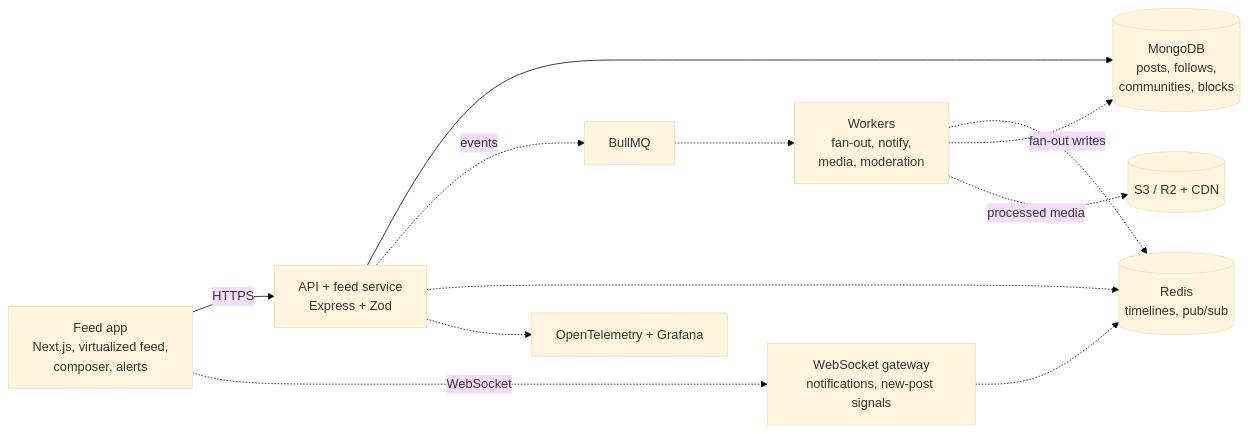
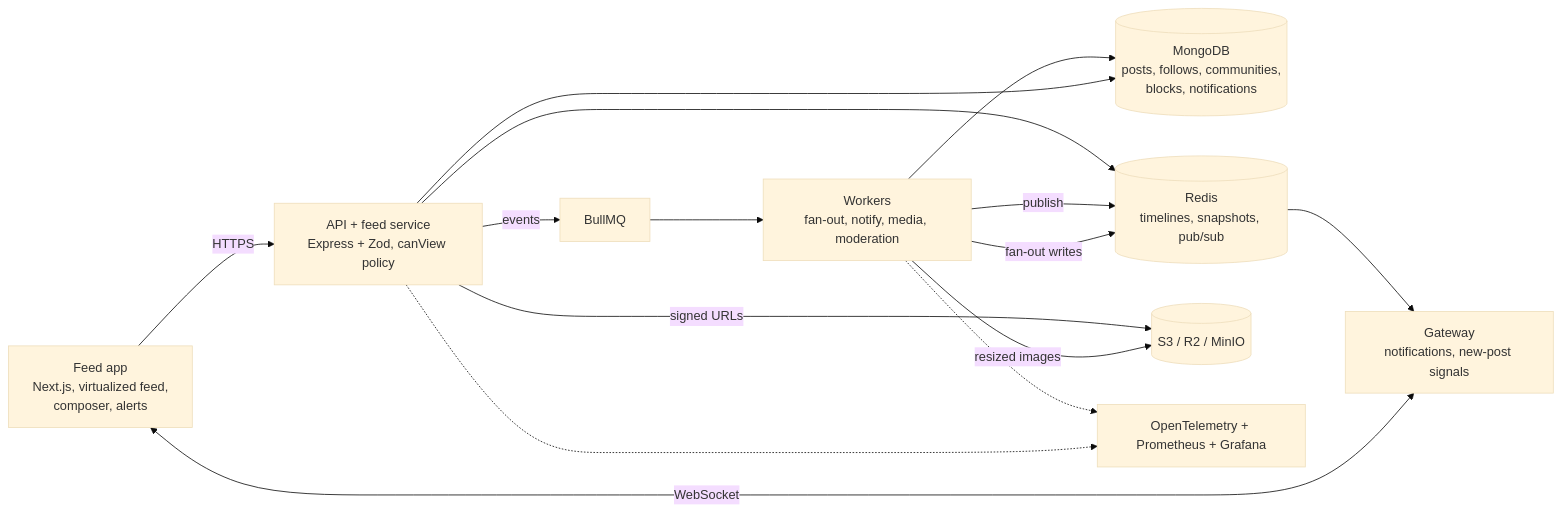
One commit to yashwanthvarma74-ai/pulse changed the diagram in README.md. Above: the diagram before and after it, drawn with Mermaid (base theme). The commit also changed other lines of this file and 2 other files, not shown here.

````diff
--- a/README.md
+++ b/README.md
@@ -15,14 +28,16 @@
 ```mermaid
 flowchart LR
-  FE["Feed app<br/>Next.js, virtualized feed,<br/>composer, alerts"] -->|HTTPS| API["API + feed service<br/>Express + Zod"]
-  FE -.->|WebSocket| GW["WebSocket gateway<br/>notifications, new-post signals"]
-  API --> MG[("MongoDB<br/>posts, follows,<br/>communities, blocks")]
-  API -.->|events| Q["BullMQ"]
-  Q -.-> W["Workers<br/>fan-out, notify,<br/>media, moderation"]
-  W -.->|fan-out writes| RD[("Redis<br/>timelines, pub/sub")]
-  W -.-> MG
-  W -.->|processed media| S3[("S3 / R2 + CDN")]
-  GW -.-> RD
-  API -.-> RD
-  API -.-> OT["OpenTelemetry + Grafana"]
+  FE["Feed app<br/>Next.js, virtualized feed,<br/>composer, alerts"] -->|HTTPS| API["API + feed service<br/>Express + Zod, canView policy"]
+  FE <-->|WebSocket| GW["Gateway<br/>notifications, new-post signals"]
+  API --> MG[("MongoDB<br/>posts, follows, communities,<br/>blocks, notifications")]
+  API -->|events| Q["BullMQ"]
+  Q --> W["Workers<br/>fan-out, notify, media, moderation"]
+  W -->|fan-out writes| RD[("Redis<br/>timelines, snapshots, pub/sub")]
+  W --> MG
+  W -->|resized images| S3[("S3 / R2 / MinIO")]
+  W -->|publish| RD
+  RD --> GW
+  API --> RD
+  API -->|signed URLs| S3
+  API & W -.-> OT["OpenTelemetry + Prometheus + Grafana"]
 ```
````
